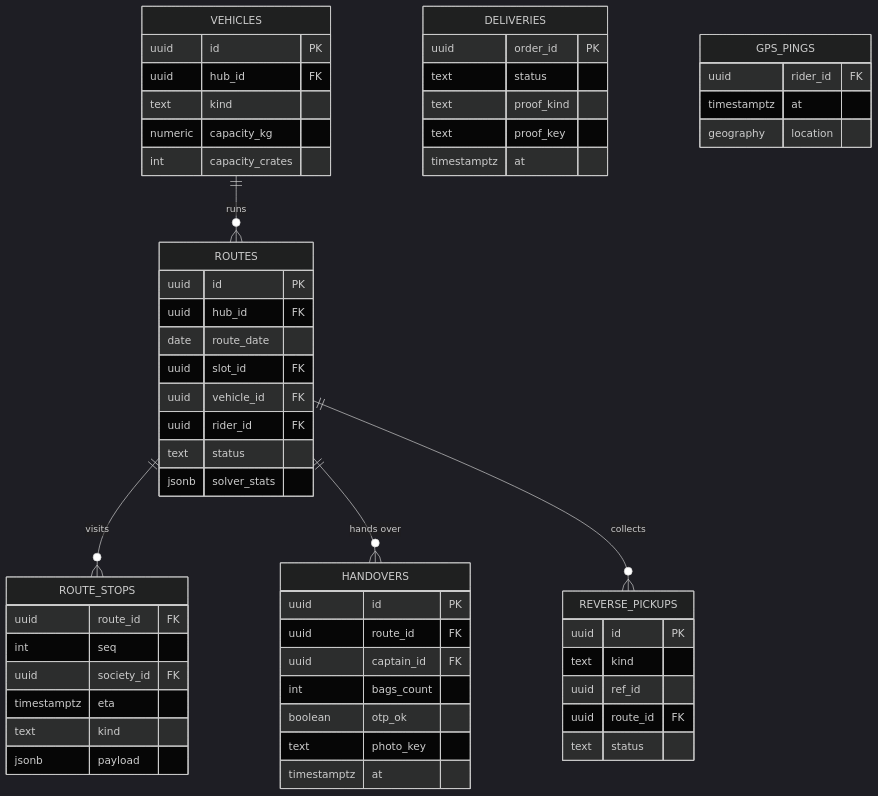
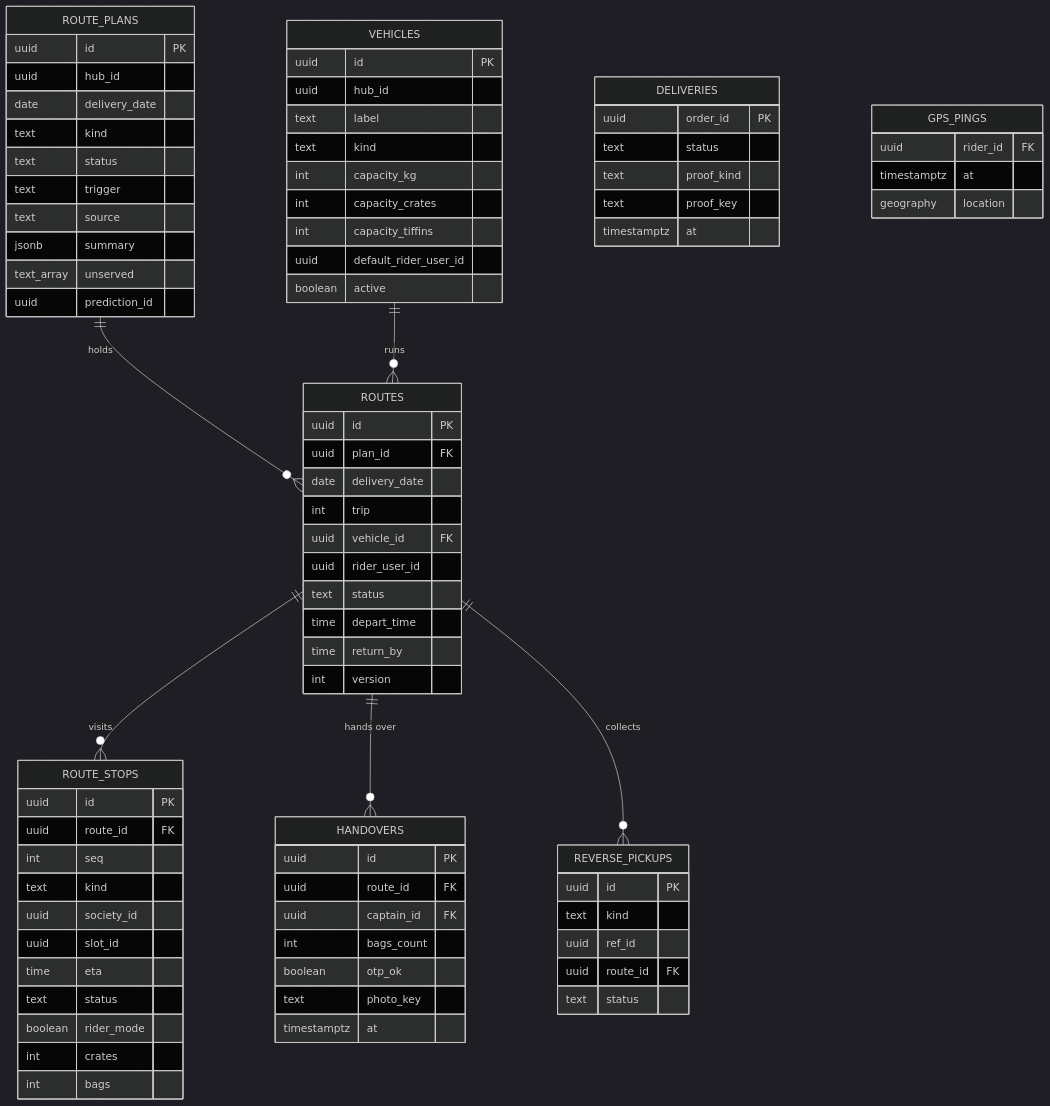
Before and after one commit to prelekar7/GharBasket: the eighth of 14 diagrams in docs/handbook/05-data-architecture.md, drawn with Mermaid (dark theme). The commit also changed other lines of this file and 19 other files, not shown here.

First line of the commit message:
feat(logistics): route plans solved at T-1 23:15 by M10 or the fallback, checked and published

```diff
--- a/docs/handbook/05-data-architecture.md
+++ b/docs/handbook/05-data-architecture.md
@@ -486,28 +486,51 @@
 erDiagram
     VEHICLES {
         uuid id PK
-        uuid hub_id FK
+        uuid hub_id
+        text label
         text kind
-        numeric capacity_kg
+        int capacity_kg
         int capacity_crates
+        int capacity_tiffins
+        uuid default_rider_user_id
+        boolean active
+    }
+    ROUTE_PLANS {
+        uuid id PK
+        uuid hub_id
+        date delivery_date
+        text kind
+        text status
+        text trigger
+        text source
+        jsonb summary
+        text_array unserved
+        uuid prediction_id
     }
     ROUTES {
         uuid id PK
-        uuid hub_id FK
-        date route_date
-        uuid slot_id FK
+        uuid plan_id FK
+        date delivery_date
+        int trip
         uuid vehicle_id FK
-        uuid rider_id FK
+        uuid rider_user_id
         text status
-        jsonb solver_stats
+        time depart_time
+        time return_by
+        int version
     }
     ROUTE_STOPS {
+        uuid id PK
         uuid route_id FK
         int seq
-        uuid society_id FK
-        timestamptz eta
         text kind
-        jsonb payload
+        uuid society_id
+        uuid slot_id
+        time eta
+        text status
+        boolean rider_mode
+        int crates
+        int bags
     }
     HANDOVERS {
         uuid id PK
@@ -537,6 +560,7 @@
         timestamptz at
         geography location
     }
+    ROUTE_PLANS ||--o{ ROUTES : holds
     VEHICLES ||--o{ ROUTES : runs
     ROUTES ||--o{ ROUTE_STOPS : visits
     ROUTES ||--o{ HANDOVERS : "hands over"
```
